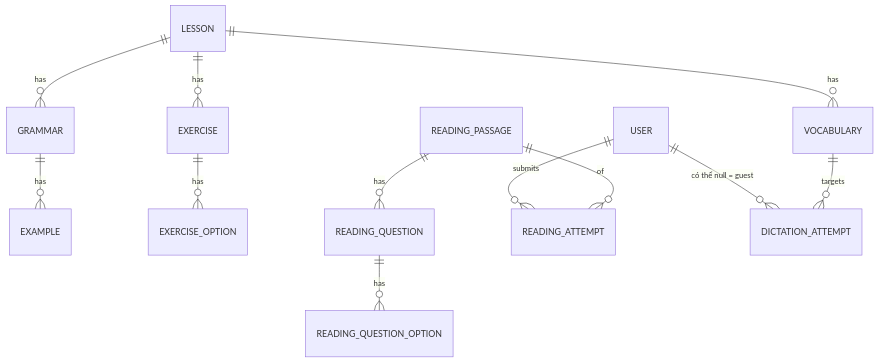
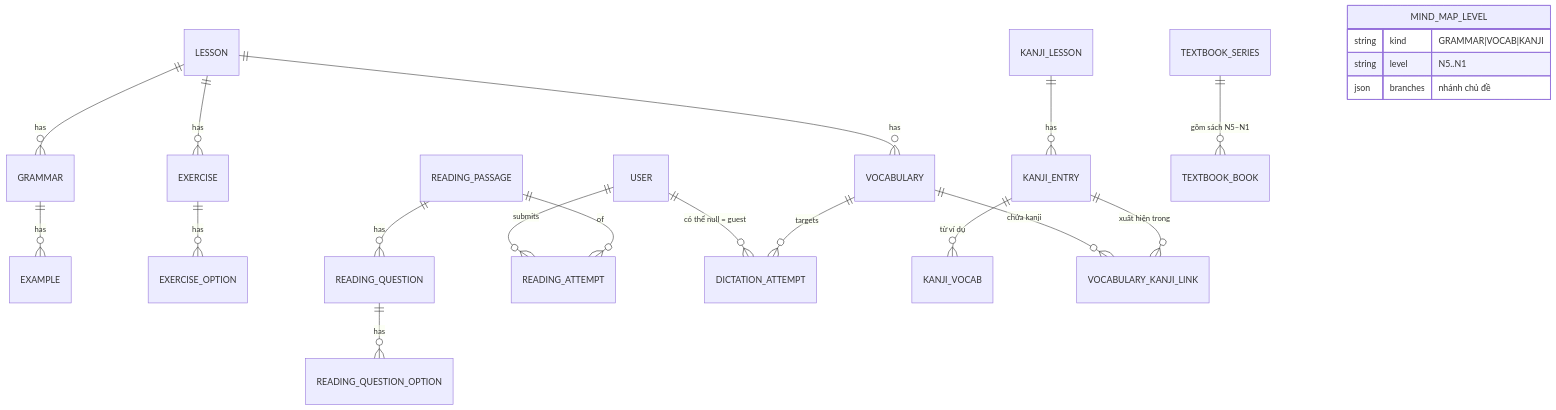
One commit to letiendungdn/EDU_APP changed the seventh of 27 diagrams in docs/bao-cao-phan-tich-thiet-ke.md. Above: the diagram before and after it, drawn with Mermaid. The commit also changed other lines of this file and 7 other files, not shown here.

First line of the commit message:
docs: add English ERD and improve gen-erd script

````diff
--- a/docs/bao-cao-phan-tich-thiet-ke.md
+++ b/docs/bao-cao-phan-tich-thiet-ke.md
@@ -354,14 +360,24 @@
 ```mermaid
 erDiagram
   LESSON ||--o{ VOCABULARY : has
   LESSON ||--o{ GRAMMAR : has
   LESSON ||--o{ EXERCISE : has
   GRAMMAR ||--o{ EXAMPLE : has
   EXERCISE ||--o{ EXERCISE_OPTION : has
   READING_PASSAGE ||--o{ READING_QUESTION : has
   READING_QUESTION ||--o{ READING_QUESTION_OPTION : has
   USER ||--o{ READING_ATTEMPT : submits
   READING_PASSAGE ||--o{ READING_ATTEMPT : of
   USER ||--o{ DICTATION_ATTEMPT : "có thể null = guest"
   VOCABULARY ||--o{ DICTATION_ATTEMPT : targets
+  KANJI_LESSON ||--o{ KANJI_ENTRY : has
+  KANJI_ENTRY ||--o{ KANJI_VOCAB : "từ ví dụ"
+  VOCABULARY ||--o{ VOCABULARY_KANJI_LINK : "chứa kanji"
+  KANJI_ENTRY ||--o{ VOCABULARY_KANJI_LINK : "xuất hiện trong"
+  TEXTBOOK_SERIES ||--o{ TEXTBOOK_BOOK : "gồm sách N5–N1"
+  MIND_MAP_LEVEL {
+    string kind "GRAMMAR|VOCAB|KANJI"
+    string level "N5..N1"
+    json branches "nhánh chủ đề"
+  }
 ```
````
